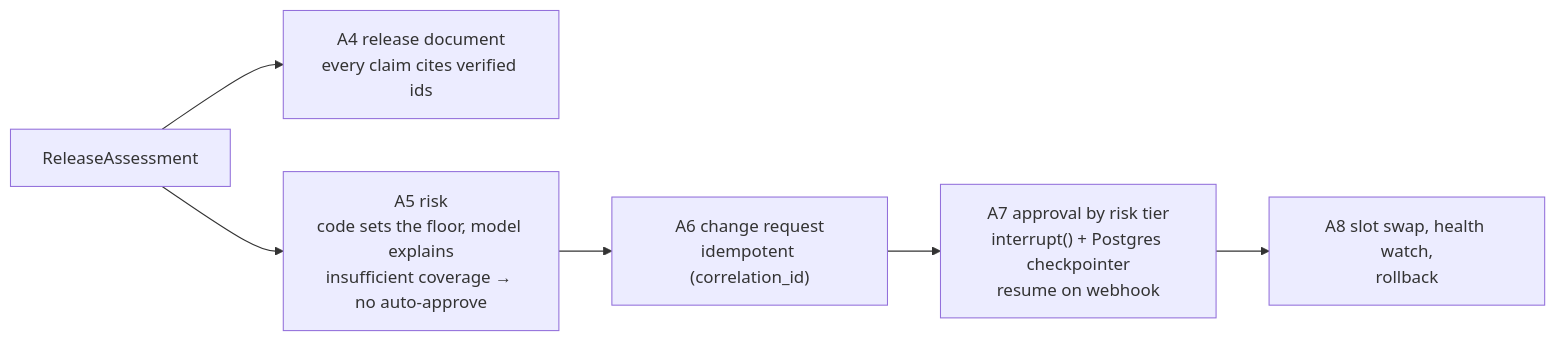
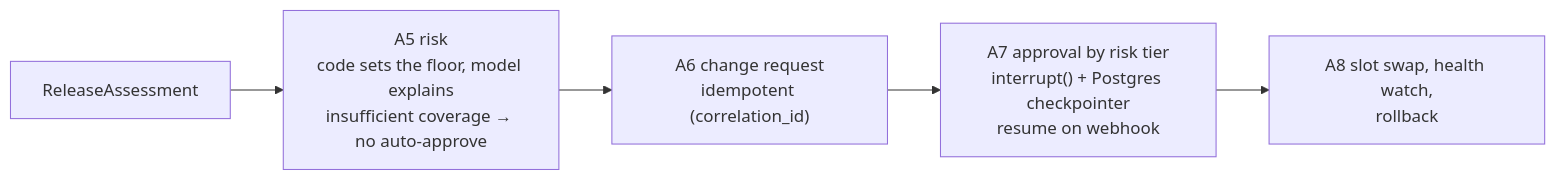
One commit to Aman-desta/release-copilot changed the tenth of 11 diagrams in docs/execution-model.md. Above: the diagram before and after it, drawn with Mermaid. The commit also changed other lines of this file and 3 other files, not shown here.

````diff
--- a/docs/execution-model.md
+++ b/docs/execution-model.md
@@ -416,8 +448,7 @@
 ```mermaid
 flowchart LR
-    RA["ReleaseAssessment"] --> A4["A4 release document<br/>every claim cites verified ids"]
-    RA --> A5["A5 risk<br/>code sets the floor, model explains<br/>insufficient coverage → no auto-approve"]
+    RA["ReleaseAssessment"] --> A5["A5 risk<br/>code sets the floor, model explains<br/>insufficient coverage → no auto-approve"]
     A5 --> A6["A6 change request<br/>idempotent (correlation_id)"]
     A6 --> A7["A7 approval by risk tier<br/>interrupt() + Postgres checkpointer<br/>resume on webhook"]
     A7 --> A8["A8 slot swap, health watch,<br/>rollback"]
 ```
````
